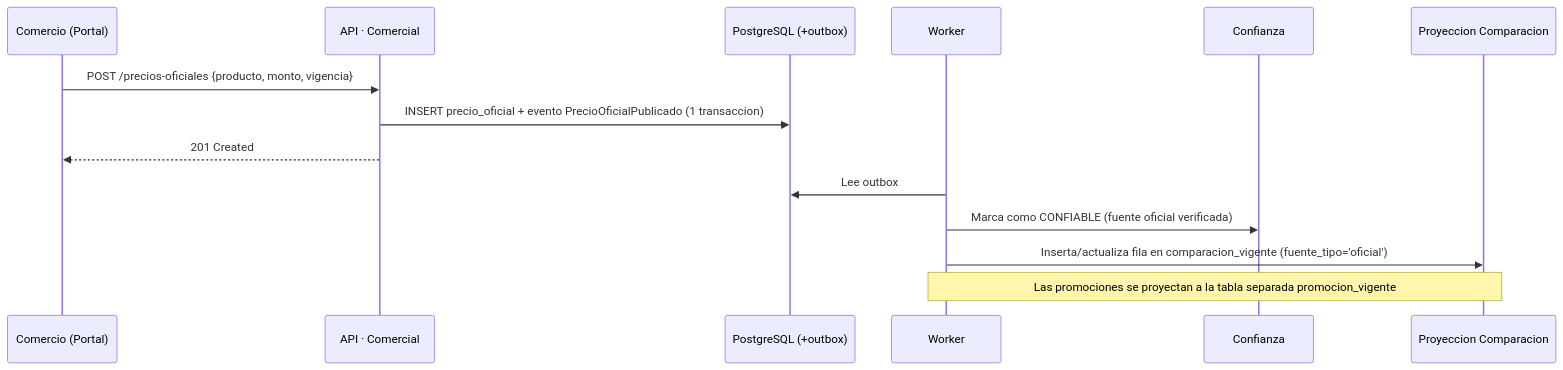
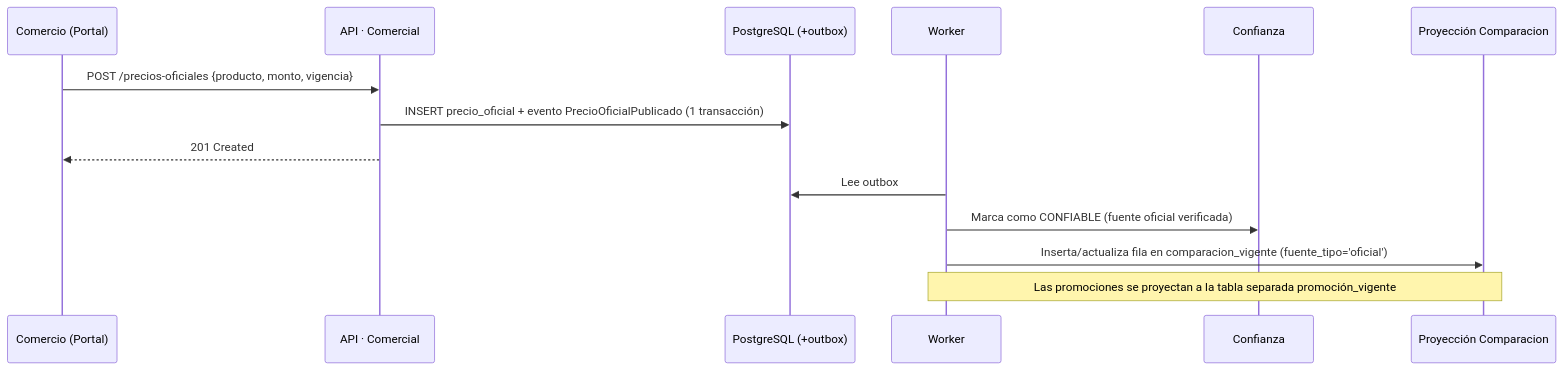
One commit to carlosaugustocue/proyectoNuclear4 changed the second of 2 diagrams in docs/03-arquitectura/analisis-impacto-modulo-comercial.md. Above: the diagram before and after it, drawn with Mermaid. The commit also changed other lines of this file and 2 other files, not shown here.

````diff
--- a/docs/03-arquitectura/analisis-impacto-modulo-comercial.md
+++ b/docs/03-arquitectura/analisis-impacto-modulo-comercial.md
@@ -174,17 +174,17 @@
 ```mermaid
 sequenceDiagram
     participant C as Comercio (Portal)
     participant A as API · Comercial
     participant DB as PostgreSQL (+outbox)
     participant W as Worker
     participant Co as Confianza
-    participant P as Proyeccion Comparacion
+    participant P as Proyección Comparacion
 
     C->>A: POST /precios-oficiales {producto, monto, vigencia}
-    A->>DB: INSERT precio_oficial + evento PrecioOficialPublicado (1 transaccion)
+    A->>DB: INSERT precio_oficial + evento PrecioOficialPublicado (1 transacción)
     A-->>C: 201 Created
     W->>DB: Lee outbox
     W->>Co: Marca como CONFIABLE (fuente oficial verificada)
     W->>P: Inserta/actualiza fila en comparacion_vigente (fuente_tipo='oficial')
-    Note over W,P: Las promociones se proyectan a la tabla separada promocion_vigente
+    Note over W,P: Las promociones se proyectan a la tabla separada promoción_vigente
 ```
````
